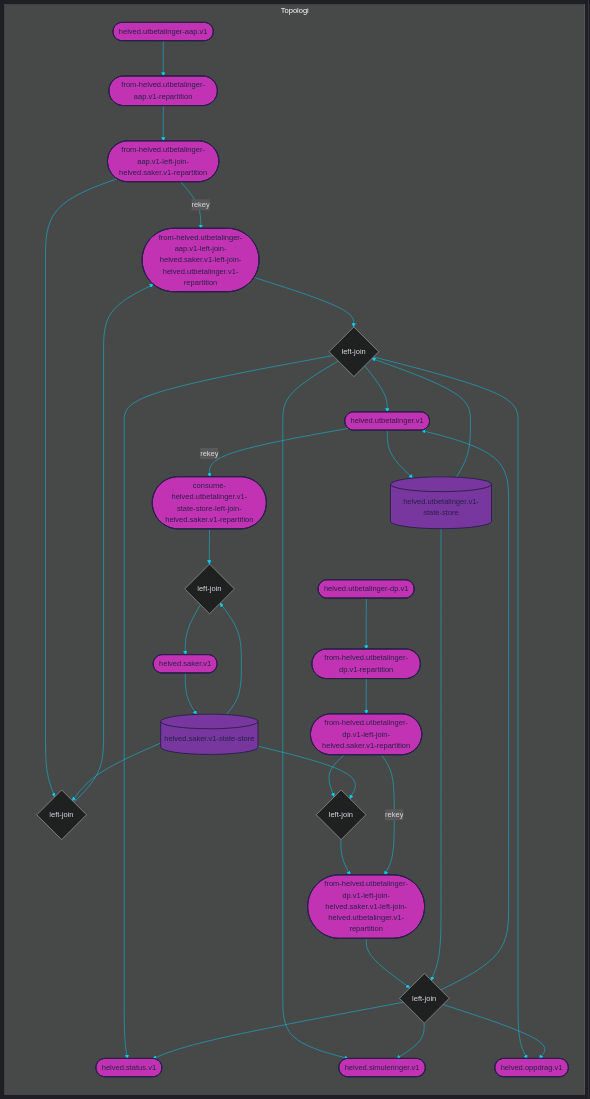
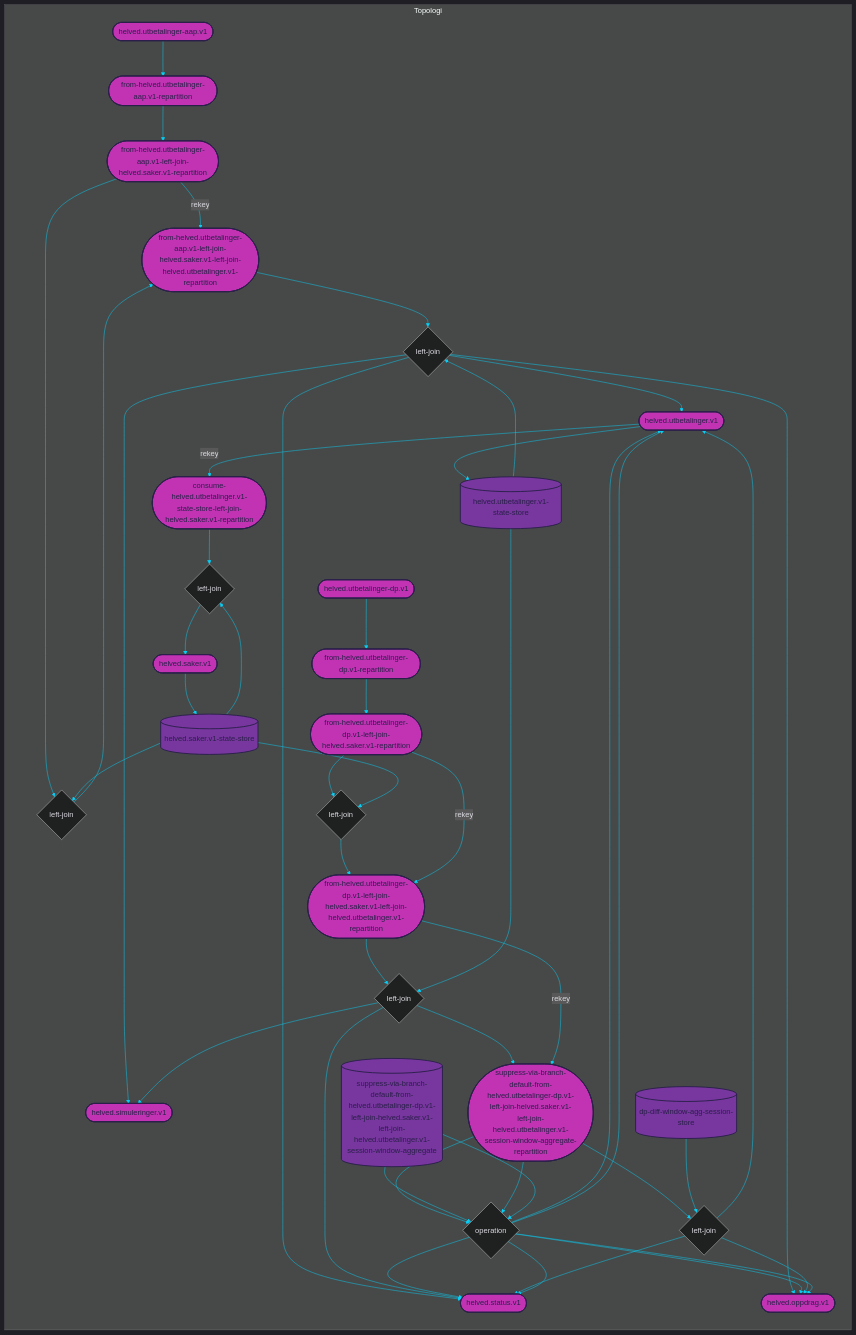
The diagram in dokumentasjon/topology.mmd (navikt/helved-utbetaling), drawn with Mermaid before and after one commit. The commit also changed 17 other files, not shown here.

```diff
--- a/dokumentasjon/topology.mmd
+++ b/dokumentasjon/topology.mmd
@@ -1,115 +1,137 @@
 
 %%{init: {'theme': 'dark', 'themeVariables': { 'primaryColor': '#07cff6', 'textColor': '#dad9e0', 'lineColor': '#07cff6'}}}%%
 
 graph LR
 
 subgraph Topologi
     %% TOPICS
     from-helved.utbetalinger-aap.v1-left-join-helved.saker.v1-left-join-helved.utbetalinger.v1-repartition([from-helved.utbetalinger-aap.v1-left-join-helved.saker.v1-left-join-helved.utbetalinger.v1-repartition])
 	from-helved.utbetalinger-dp.v1-left-join-helved.saker.v1-left-join-helved.utbetalinger.v1-repartition([from-helved.utbetalinger-dp.v1-left-join-helved.saker.v1-left-join-helved.utbetalinger.v1-repartition])
 	helved.utbetalinger.v1([helved.utbetalinger.v1])
 	consume-helved.utbetalinger.v1-state-store-left-join-helved.saker.v1-repartition([consume-helved.utbetalinger.v1-state-store-left-join-helved.saker.v1-repartition])
 	helved.oppdrag.v1([helved.oppdrag.v1])
 	helved.simuleringer.v1([helved.simuleringer.v1])
 	helved.status.v1([helved.status.v1])
+	suppress-via-branch-default-from-helved.utbetalinger-dp.v1-left-join-helved.saker.v1-left-join-helved.utbetalinger.v1-session-window-aggregate-repartition([suppress-via-branch-default-from-helved.utbetalinger-dp.v1-left-join-helved.saker.v1-left-join-helved.utbetalinger.v1-session-window-aggregate-repartition])
 	from-helved.utbetalinger-aap.v1-left-join-helved.saker.v1-repartition([from-helved.utbetalinger-aap.v1-left-join-helved.saker.v1-repartition])
 	from-helved.utbetalinger-dp.v1-left-join-helved.saker.v1-repartition([from-helved.utbetalinger-dp.v1-left-join-helved.saker.v1-repartition])
 	helved.saker.v1([helved.saker.v1])
 	helved.utbetalinger-aap.v1([helved.utbetalinger-aap.v1])
 	from-helved.utbetalinger-aap.v1-repartition([from-helved.utbetalinger-aap.v1-repartition])
 	helved.utbetalinger-dp.v1([helved.utbetalinger-dp.v1])
 	from-helved.utbetalinger-dp.v1-repartition([from-helved.utbetalinger-dp.v1-repartition])
 
     %% JOINS
     from-helved.utbetalinger-aap.v1-left-join-helved.saker.v1-left-join-helved.utbetalinger.v1{left-join}
 	from-helved.utbetalinger-dp.v1-left-join-helved.saker.v1-left-join-helved.utbetalinger.v1{left-join}
 	from-helved.utbetalinger-aap.v1-left-join-helved.saker.v1{left-join}
 	from-helved.utbetalinger-dp.v1-left-join-helved.saker.v1{left-join}
 	consume-helved.utbetalinger.v1-state-store-left-join-helved.saker.v1{left-join}
+	via-branch-default-from-helved.utbetalinger-dp.v1-left-join-helved.saker.v1-left-join-helved.utbetalinger.v1-session-window-operation-reduced{left-join}
+	suppress-via-branch-default-from-helved.utbetalinger-dp.v1-left-join-helved.saker.v1-left-join-helved.utbetalinger.v1-session-window{left-join}
 
     %% STATE PROCESSORS
-    
+    via-branch-default-from-helved.utbetalinger-dp.v1-left-join-helved.saker.v1-left-join-helved.utbetalinger.v1-session-window-operation-reduced{operation}
     
     %% STATE STORES
     helved.utbetalinger.v1-state-store[(helved.utbetalinger.v1-state-store)]
 	helved.saker.v1-state-store[(helved.saker.v1-state-store)]
+	suppress-via-branch-default-from-helved.utbetalinger-dp.v1-left-join-helved.saker.v1-left-join-helved.utbetalinger.v1-session-window-aggregate[(suppress-via-branch-default-from-helved.utbetalinger-dp.v1-left-join-helved.saker.v1-left-join-helved.utbetalinger.v1-session-window-aggregate)]
+	dp-diff-window-agg-session-store[(dp-diff-window-agg-session-store)]
     
     %% DATABASES
     
     
 
     %% PROCESSOR API JOBS
     
     
     %% JOIN STREAMS
     from-helved.utbetalinger-aap.v1-left-join-helved.saker.v1-left-join-helved.utbetalinger.v1-repartition --> from-helved.utbetalinger-aap.v1-left-join-helved.saker.v1-left-join-helved.utbetalinger.v1
 	helved.utbetalinger.v1-state-store --> from-helved.utbetalinger-aap.v1-left-join-helved.saker.v1-left-join-helved.utbetalinger.v1
 	from-helved.utbetalinger-aap.v1-left-join-helved.saker.v1-left-join-helved.utbetalinger.v1 --> helved.status.v1
 	from-helved.utbetalinger-aap.v1-left-join-helved.saker.v1-left-join-helved.utbetalinger.v1 --> helved.simuleringer.v1
 	from-helved.utbetalinger-aap.v1-left-join-helved.saker.v1-left-join-helved.utbetalinger.v1 --> helved.utbetalinger.v1
 	from-helved.utbetalinger-aap.v1-left-join-helved.saker.v1-left-join-helved.utbetalinger.v1 --> helved.oppdrag.v1
 	from-helved.utbetalinger-dp.v1-left-join-helved.saker.v1-left-join-helved.utbetalinger.v1-repartition --> from-helved.utbetalinger-dp.v1-left-join-helved.saker.v1-left-join-helved.utbetalinger.v1
 	helved.utbetalinger.v1-state-store --> from-helved.utbetalinger-dp.v1-left-join-helved.saker.v1-left-join-helved.utbetalinger.v1
-	from-helved.utbetalinger-dp.v1-left-join-helved.saker.v1-left-join-helved.utbetalinger.v1 --> helved.utbetalinger.v1
-	from-helved.utbetalinger-dp.v1-left-join-helved.saker.v1-left-join-helved.utbetalinger.v1 --> helved.oppdrag.v1
 	from-helved.utbetalinger-dp.v1-left-join-helved.saker.v1-left-join-helved.utbetalinger.v1 --> helved.status.v1
 	from-helved.utbetalinger-dp.v1-left-join-helved.saker.v1-left-join-helved.utbetalinger.v1 --> helved.simuleringer.v1
+	from-helved.utbetalinger-dp.v1-left-join-helved.saker.v1-left-join-helved.utbetalinger.v1 --> suppress-via-branch-default-from-helved.utbetalinger-dp.v1-left-join-helved.saker.v1-left-join-helved.utbetalinger.v1-session-window-aggregate-repartition
 	from-helved.utbetalinger-aap.v1-left-join-helved.saker.v1-repartition --> from-helved.utbetalinger-aap.v1-left-join-helved.saker.v1
 	helved.saker.v1-state-store --> from-helved.utbetalinger-aap.v1-left-join-helved.saker.v1
 	from-helved.utbetalinger-aap.v1-left-join-helved.saker.v1 --> from-helved.utbetalinger-aap.v1-left-join-helved.saker.v1-left-join-helved.utbetalinger.v1-repartition
 	from-helved.utbetalinger-dp.v1-left-join-helved.saker.v1-repartition --> from-helved.utbetalinger-dp.v1-left-join-helved.saker.v1
 	helved.saker.v1-state-store --> from-helved.utbetalinger-dp.v1-left-join-helved.saker.v1
 	from-helved.utbetalinger-dp.v1-left-join-helved.saker.v1 --> from-helved.utbetalinger-dp.v1-left-join-helved.saker.v1-left-join-helved.utbetalinger.v1-repartition
 	consume-helved.utbetalinger.v1-state-store-left-join-helved.saker.v1-repartition --> consume-helved.utbetalinger.v1-state-store-left-join-helved.saker.v1
 	helved.saker.v1-state-store --> consume-helved.utbetalinger.v1-state-store-left-join-helved.saker.v1
 	consume-helved.utbetalinger.v1-state-store-left-join-helved.saker.v1 --> helved.saker.v1
+	suppress-via-branch-default-from-helved.utbetalinger-dp.v1-left-join-helved.saker.v1-left-join-helved.utbetalinger.v1-session-window-aggregate-repartition --> via-branch-default-from-helved.utbetalinger-dp.v1-left-join-helved.saker.v1-left-join-helved.utbetalinger.v1-session-window-operation-reduced
+	suppress-via-branch-default-from-helved.utbetalinger-dp.v1-left-join-helved.saker.v1-left-join-helved.utbetalinger.v1-session-window-aggregate --> via-branch-default-from-helved.utbetalinger-dp.v1-left-join-helved.saker.v1-left-join-helved.utbetalinger.v1-session-window-operation-reduced
+	via-branch-default-from-helved.utbetalinger-dp.v1-left-join-helved.saker.v1-left-join-helved.utbetalinger.v1-session-window-operation-reduced --> helved.utbetalinger.v1
+	via-branch-default-from-helved.utbetalinger-dp.v1-left-join-helved.saker.v1-left-join-helved.utbetalinger.v1-session-window-operation-reduced --> helved.oppdrag.v1
+	via-branch-default-from-helved.utbetalinger-dp.v1-left-join-helved.saker.v1-left-join-helved.utbetalinger.v1-session-window-operation-reduced --> helved.status.v1
+	suppress-via-branch-default-from-helved.utbetalinger-dp.v1-left-join-helved.saker.v1-left-join-helved.utbetalinger.v1-session-window-aggregate-repartition --> suppress-via-branch-default-from-helved.utbetalinger-dp.v1-left-join-helved.saker.v1-left-join-helved.utbetalinger.v1-session-window
+	dp-diff-window-agg-session-store --> suppress-via-branch-default-from-helved.utbetalinger-dp.v1-left-join-helved.saker.v1-left-join-helved.utbetalinger.v1-session-window
+	suppress-via-branch-default-from-helved.utbetalinger-dp.v1-left-join-helved.saker.v1-left-join-helved.utbetalinger.v1-session-window --> helved.utbetalinger.v1
+	suppress-via-branch-default-from-helved.utbetalinger-dp.v1-left-join-helved.saker.v1-left-join-helved.utbetalinger.v1-session-window --> helved.oppdrag.v1
+	suppress-via-branch-default-from-helved.utbetalinger-dp.v1-left-join-helved.saker.v1-left-join-helved.utbetalinger.v1-session-window --> helved.status.v1
 
     %% TABLE STREAMS
     helved.utbetalinger.v1 --> helved.utbetalinger.v1-state-store
 	helved.saker.v1 --> helved.saker.v1-state-store
 
     %% JOB STREAMS
     
     
     %% BRANCH STREAMS
     
 
     %% REPARTITION STREAMS
-    helved.utbetalinger.v1 --> |rekey| consume-helved.utbetalinger.v1-state-store-left-join-helved.saker.v1-repartition
+    from-helved.utbetalinger-dp.v1-left-join-helved.saker.v1-left-join-helved.utbetalinger.v1-repartition --> |rekey| suppress-via-branch-default-from-helved.utbetalinger-dp.v1-left-join-helved.saker.v1-left-join-helved.utbetalinger.v1-session-window-aggregate-repartition
+	helved.utbetalinger.v1 --> |rekey| consume-helved.utbetalinger.v1-state-store-left-join-helved.saker.v1-repartition
 	from-helved.utbetalinger-aap.v1-left-join-helved.saker.v1-repartition --> |rekey| from-helved.utbetalinger-aap.v1-left-join-helved.saker.v1-left-join-helved.utbetalinger.v1-repartition
 	from-helved.utbetalinger-dp.v1-left-join-helved.saker.v1-repartition --> |rekey| from-helved.utbetalinger-dp.v1-left-join-helved.saker.v1-left-join-helved.utbetalinger.v1-repartition
     
     %% BASIC STREAMS
     helved.utbetalinger-aap.v1 --> from-helved.utbetalinger-aap.v1-repartition
 	from-helved.utbetalinger-aap.v1-repartition --> from-helved.utbetalinger-aap.v1-left-join-helved.saker.v1-repartition
 	helved.utbetalinger-dp.v1 --> from-helved.utbetalinger-dp.v1-repartition
 	from-helved.utbetalinger-dp.v1-repartition --> from-helved.utbetalinger-dp.v1-left-join-helved.saker.v1-repartition
     
     %% CUSTOM PROCESS STREAMS
-    
+    suppress-via-branch-default-from-helved.utbetalinger-dp.v1-left-join-helved.saker.v1-left-join-helved.utbetalinger.v1-session-window-aggregate-repartition --> via-branch-default-from-helved.utbetalinger-dp.v1-left-join-helved.saker.v1-left-join-helved.utbetalinger.v1-session-window-operation-reduced
+	suppress-via-branch-default-from-helved.utbetalinger-dp.v1-left-join-helved.saker.v1-left-join-helved.utbetalinger.v1-session-window-aggregate --> via-branch-default-from-helved.utbetalinger-dp.v1-left-join-helved.saker.v1-left-join-helved.utbetalinger.v1-session-window-operation-reduced
+	via-branch-default-from-helved.utbetalinger-dp.v1-left-join-helved.saker.v1-left-join-helved.utbetalinger.v1-session-window-operation-reduced --> helved.utbetalinger.v1
+	via-branch-default-from-helved.utbetalinger-dp.v1-left-join-helved.saker.v1-left-join-helved.utbetalinger.v1-session-window-operation-reduced --> helved.oppdrag.v1
+	via-branch-default-from-helved.utbetalinger-dp.v1-left-join-helved.saker.v1-left-join-helved.utbetalinger.v1-session-window-operation-reduced --> helved.status.v1
 end
 
 %% COLORS
 %% light    #dad9e0
 %% purple   #78369f
 %% pink     #c233b4
 %% dark     #2a204a
 %% blue     #07cff6
 
 %% STYLES
 style from-helved.utbetalinger-aap.v1-left-join-helved.saker.v1-left-join-helved.utbetalinger.v1-repartition fill:#c233b4, stroke:#2a204a, stroke-width:2px, color:#2a204a
 style from-helved.utbetalinger-dp.v1-left-join-helved.saker.v1-left-join-helved.utbetalinger.v1-repartition fill:#c233b4, stroke:#2a204a, stroke-width:2px, color:#2a204a
 style helved.utbetalinger.v1 fill:#c233b4, stroke:#2a204a, stroke-width:2px, color:#2a204a
 style consume-helved.utbetalinger.v1-state-store-left-join-helved.saker.v1-repartition fill:#c233b4, stroke:#2a204a, stroke-width:2px, color:#2a204a
 style helved.oppdrag.v1 fill:#c233b4, stroke:#2a204a, stroke-width:2px, color:#2a204a
 style helved.simuleringer.v1 fill:#c233b4, stroke:#2a204a, stroke-width:2px, color:#2a204a
 style helved.status.v1 fill:#c233b4, stroke:#2a204a, stroke-width:2px, color:#2a204a
+style suppress-via-branch-default-from-helved.utbetalinger-dp.v1-left-join-helved.saker.v1-left-join-helved.utbetalinger.v1-session-window-aggregate-repartition fill:#c233b4, stroke:#2a204a, stroke-width:2px, color:#2a204a
 style from-helved.utbetalinger-aap.v1-left-join-helved.saker.v1-repartition fill:#c233b4, stroke:#2a204a, stroke-width:2px, color:#2a204a
 style from-helved.utbetalinger-dp.v1-left-join-helved.saker.v1-repartition fill:#c233b4, stroke:#2a204a, stroke-width:2px, color:#2a204a
 style helved.saker.v1 fill:#c233b4, stroke:#2a204a, stroke-width:2px, color:#2a204a
 style helved.utbetalinger-aap.v1 fill:#c233b4, stroke:#2a204a, stroke-width:2px, color:#2a204a
 style from-helved.utbetalinger-aap.v1-repartition fill:#c233b4, stroke:#2a204a, stroke-width:2px, color:#2a204a
 style helved.utbetalinger-dp.v1 fill:#c233b4, stroke:#2a204a, stroke-width:2px, color:#2a204a
 style from-helved.utbetalinger-dp.v1-repartition fill:#c233b4, stroke:#2a204a, stroke-width:2px, color:#2a204a
 style helved.utbetalinger.v1-state-store fill:#78369f, stroke:#2a204a, stroke-width:2px, color:#2a204a
 style helved.saker.v1-state-store fill:#78369f, stroke:#2a204a, stroke-width:2px, color:#2a204a
+style suppress-via-branch-default-from-helved.utbetalinger-dp.v1-left-join-helved.saker.v1-left-join-helved.utbetalinger.v1-session-window-aggregate fill:#78369f, stroke:#2a204a, stroke-width:2px, color:#2a204a
+style dp-diff-window-agg-session-store fill:#78369f, stroke:#2a204a, stroke-width:2px, color:#2a204a
```
